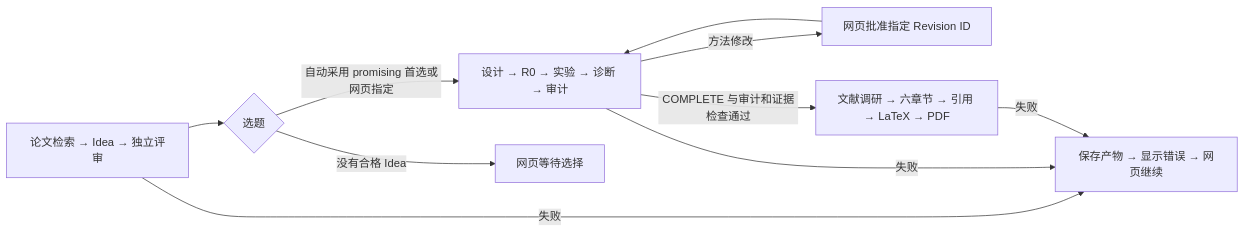
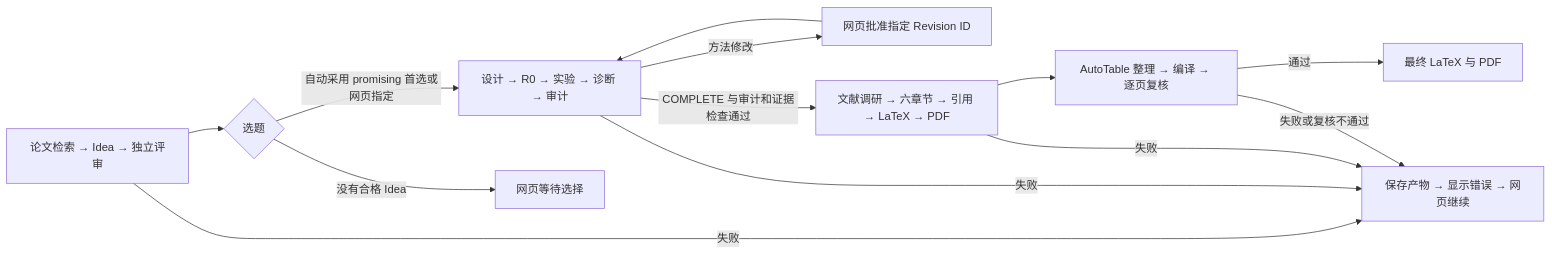
The diagram in docs/frontend_workflow.md (wanghao1118/LL-AutoResearch), drawn with Mermaid before and after one commit. The commit also changed other lines of this file and 14 other files, not shown here.

Commit message:
Connect AutoTable to the test-v1 research pipeline

````diff
--- a/docs/frontend_workflow.md
+++ b/docs/frontend_workflow.md
@@ -11,12 +11,15 @@
 ```mermaid
 flowchart LR
     S[论文检索 → Idea → 独立评审] --> C{选题}
     C -->|自动采用 promising 首选或网页指定| D[设计 → R0 → 实验 → 诊断 → 审计]
     C -->|没有合格 Idea| U[网页等待选择]
     D -->|方法修改| A[网页批准指定 Revision ID]
     A --> D
     D -->|COMPLETE 与审计和证据检查通过| W[文献调研 → 六章节 → 引用 → LaTeX → PDF]
     S -->|失败| R[保存产物 → 显示错误 → 网页继续]
     D -->|失败| R
+    W --> T[AutoTable 整理 → 编译 → 逐页复核]
+    T -->|通过| F[最终 LaTeX 与 PDF]
     W -->|失败| R
+    T -->|失败或复核不通过| R
 ```
````
